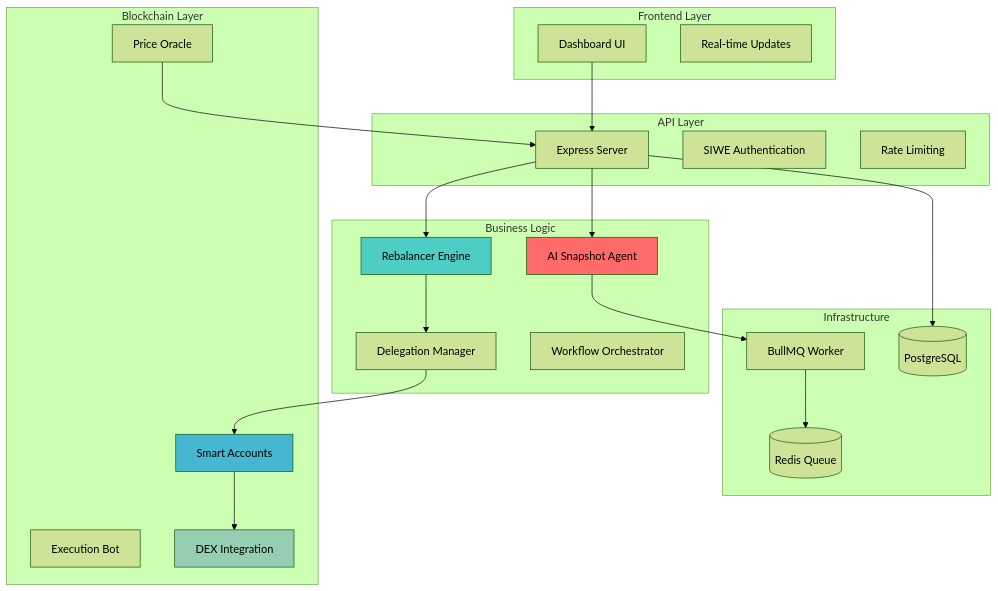
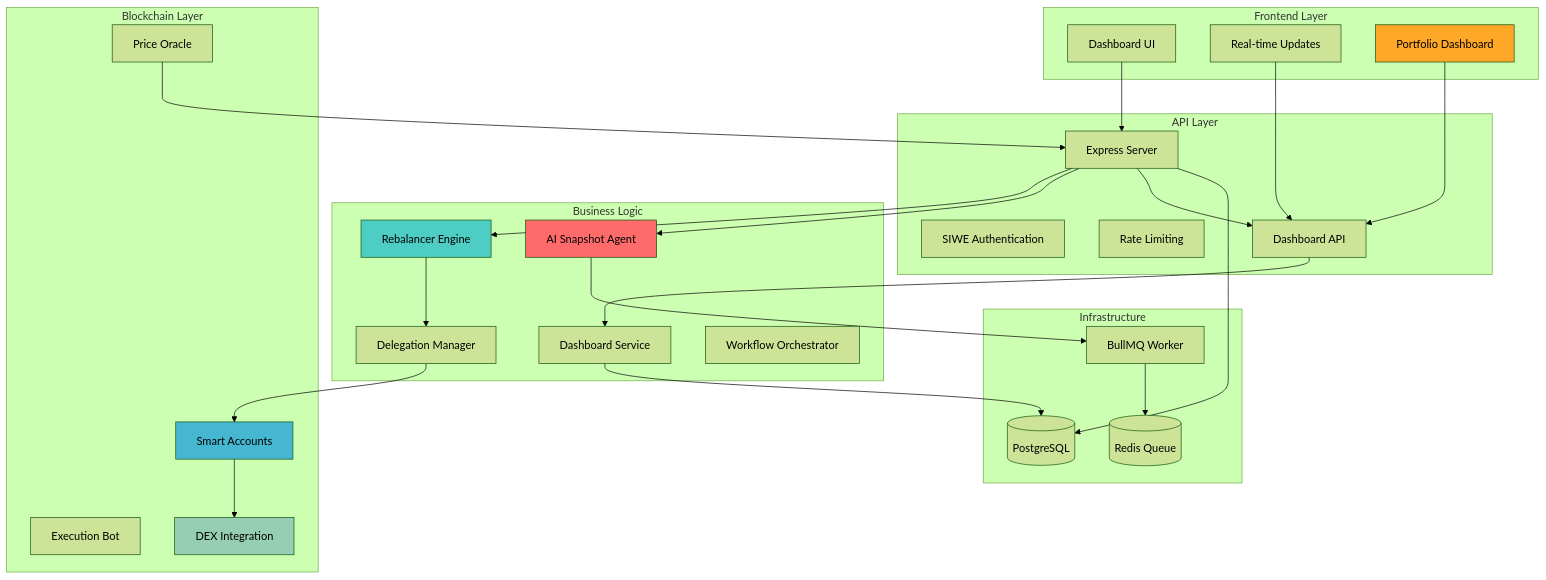
One commit to jerrygeorge360/Drift changed the first of 2 diagrams in docs/Project_Overview.md. Above: the diagram before and after it, drawn with Mermaid (forest theme). The commit also changed other lines of this file and 23 other files, not shown here.

````diff
--- a/docs/Project_Overview.md
+++ b/docs/Project_Overview.md
@@ -34,49 +34,58 @@
 ```mermaid
 graph TB
     subgraph "Frontend Layer"
         UI[Dashboard UI]
         SSE[Real-time Updates]
+        DASH[Portfolio Dashboard]
     end
     
     subgraph "API Layer"
         API[Express Server]
         AUTH[SIWE Authentication]
         RATE[Rate Limiting]
+        DASHAPI[Dashboard API]
     end
     
     subgraph "Business Logic"
         REBAL[Rebalancer Engine]
         AI[AI Snapshot Agent]
         DEL[Delegation Manager]
+        DASHSVC[Dashboard Service]
         ORCH[Workflow Orchestrator]
     end
     
     subgraph "Infrastructure"
         DB[(PostgreSQL)]
         REDIS[(Redis Queue)]
         QUEUE[BullMQ Worker]
     end
     
     subgraph "Blockchain Layer"
         SA[Smart Accounts]
         BOT[Execution Bot]
         DEX[DEX Integration]
         ORACLE[Price Oracle]
     end
     
     UI --> API
     API --> REBAL
     API --> AI
+    API --> DASHAPI
     REBAL --> DEL
     AI --> QUEUE
     QUEUE --> REDIS
     API --> DB
+    DASHAPI --> DASHSVC
+    DASHSVC --> DB
     DEL --> SA
     SA --> DEX
     ORACLE --> API
+    DASH --> DASHAPI
+    SSE --> DASHAPI
     
     style AI fill:#ff6b6b
     style REBAL fill:#4ecdc4
     style SA fill:#45b7d1
     style DEX fill:#96ceb4
+    style DASH fill:#ffa726
 ```
````
